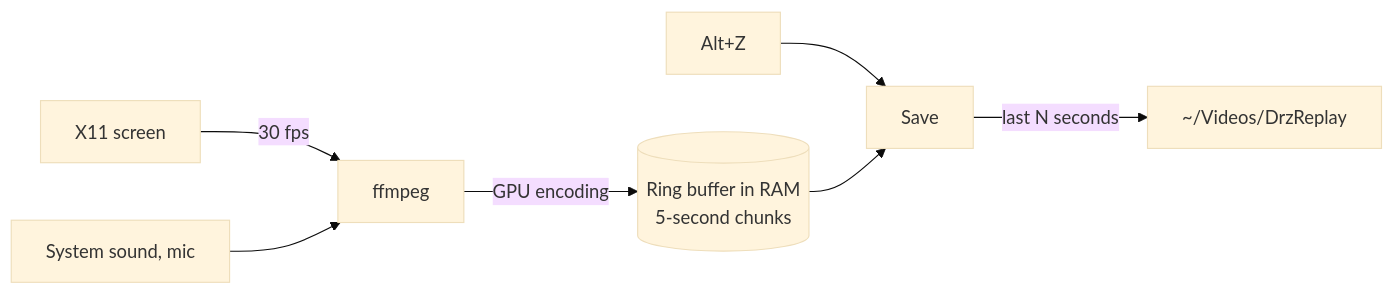
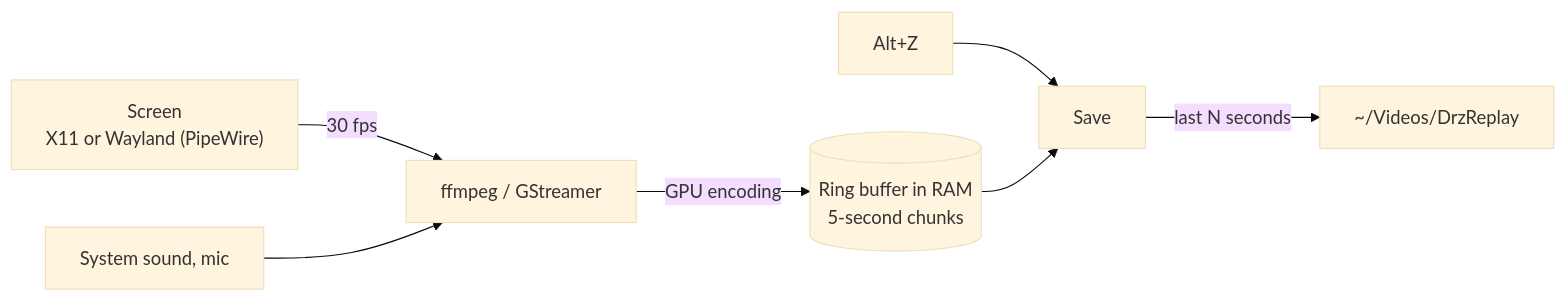
One commit to upidddd/drzreplay changed the diagram in README.md. Above: the diagram before and after it, drawn with Mermaid (base theme). The commit also changed other lines of this file and 8 other files, not shown here.

````diff
--- a/README.md
+++ b/README.md
@@ -82,9 +86,9 @@
 ```mermaid
 flowchart LR
-    A["X11 screen"] -->|"30 fps"| F["ffmpeg"]
+    A["Screen<br>X11 or Wayland (PipeWire)"] -->|"30 fps"| F["ffmpeg / GStreamer"]
     S["System sound, mic"] --> F
     F -->|"GPU encoding"| R[("Ring buffer in RAM<br>5-second chunks")]
     K["Alt+Z"] --> V["Save"]
     R --> V
     V -->|"last N seconds"| O["~/Videos/DrzReplay"]
 ```
````
